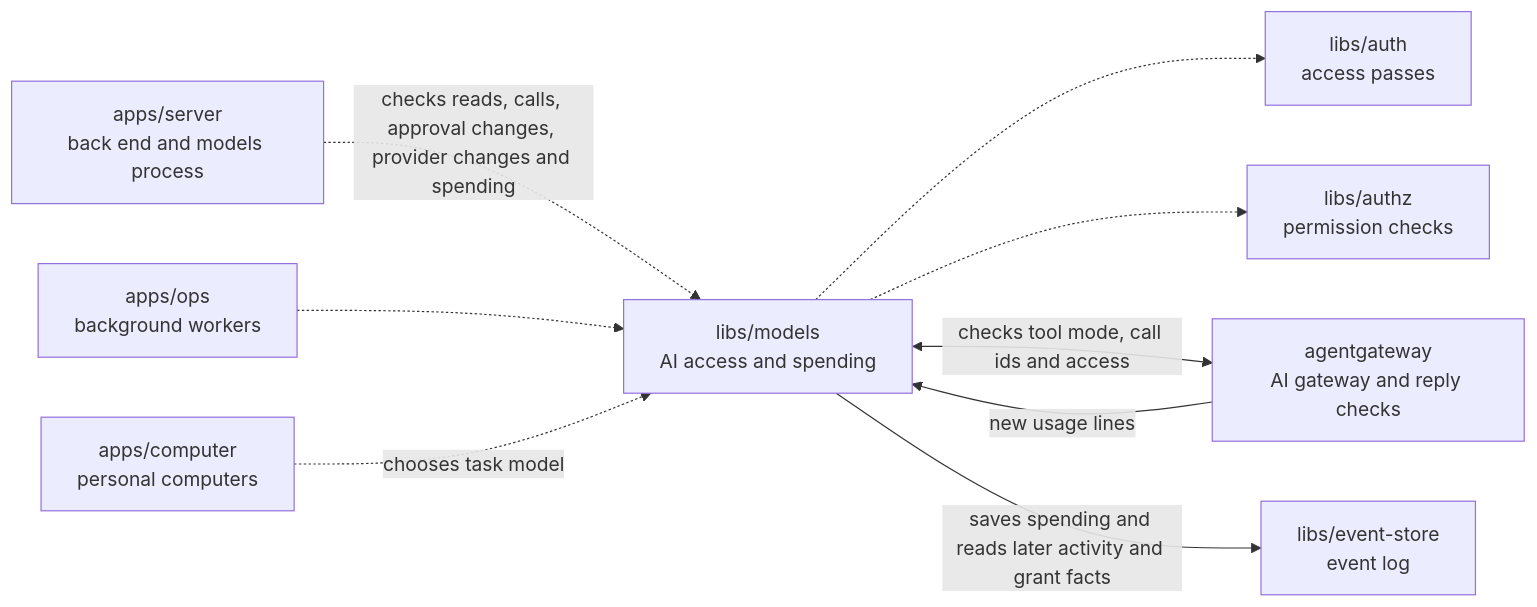
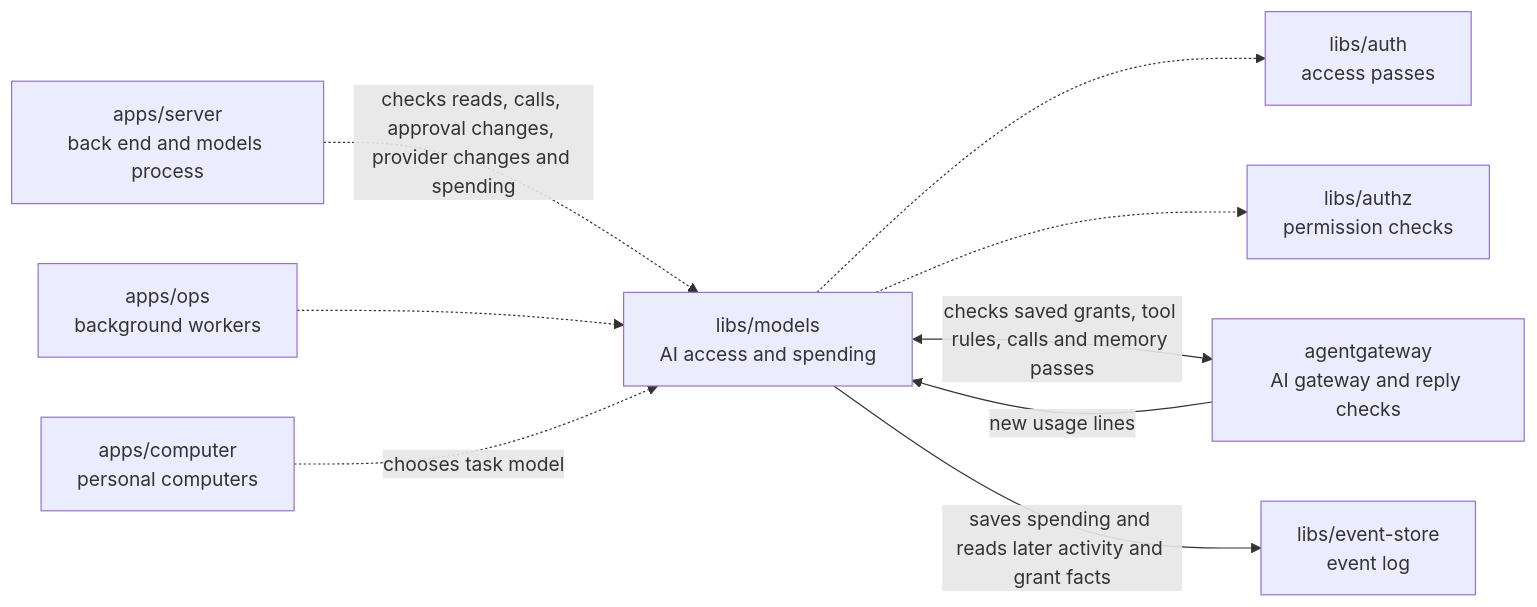
One commit to elewa-git/opencrane-new changed the diagram in libs/models/README.md. Above: the diagram before and after it, drawn with Mermaid. The commit also changed other lines of this file and 24 other files, not shown here.

First line of the commit message:
🧠 A turn can recall the requester's own memory through the governed tool path, only with recorded grants (#299) (#299)

````diff
--- a/libs/models/README.md
+++ b/libs/models/README.md
@@ -11,11 +11,11 @@
 ```mermaid
 flowchart LR
   server["apps/server<br/>back end and models process"] -.->|checks reads, calls, approval changes, provider changes and spending| models["libs/models<br/>AI access and spending"]
   ops["apps/ops<br/>background workers"] -.-> models
   computer["apps/computer<br/>personal computers"] -.->|chooses task model| models
   models -.-> auth["libs/auth<br/>access passes"]
   models -.-> authz["libs/authz<br/>permission checks"]
-  models <-->|checks tool mode, call ids and access| gateway["agentgateway<br/>AI gateway and reply checks"]
+  models <-->|checks saved grants, tool rules, calls and memory passes| gateway["agentgateway<br/>AI gateway and reply checks"]
   gateway -->|new usage lines| models
   models -->|saves spending and reads later activity and grant facts| store["libs/event-store<br/>event log"]
 ```
````
